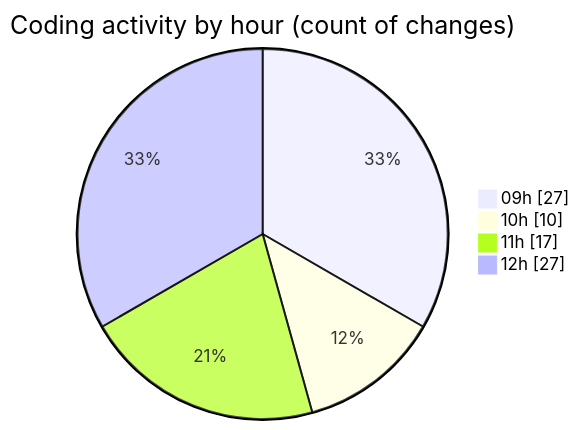
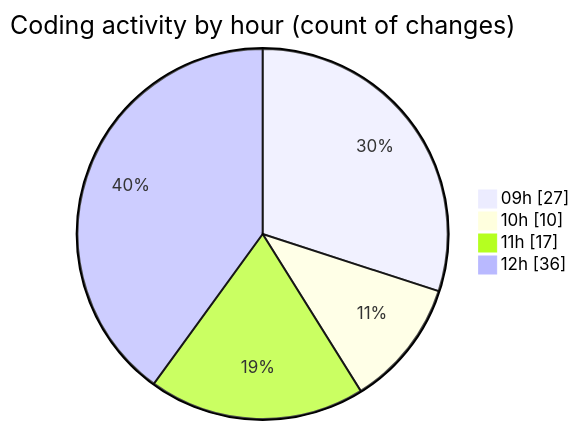
One commit to momahboobian/code-tracking changed the second of 2 diagrams in 2026-05-15/cda/README.md. Above: the diagram before and after it, drawn with Mermaid. The commit also changed other lines of this file and 1 other file, not shown here.

````diff
--- a/2026-05-15/cda/README.md
+++ b/2026-05-15/cda/README.md
@@ -49,8 +53,8 @@
 ```mermaid
 pie showData
 title Coding activity by hour (count of changes)
 "09h" : 27
 "10h" : 10
 "11h" : 17
-"12h" : 27
+"12h" : 36
 ```
````
